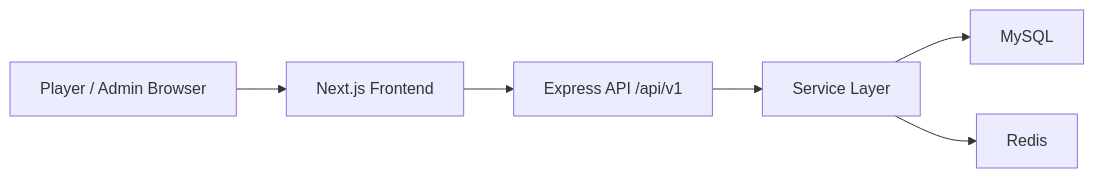
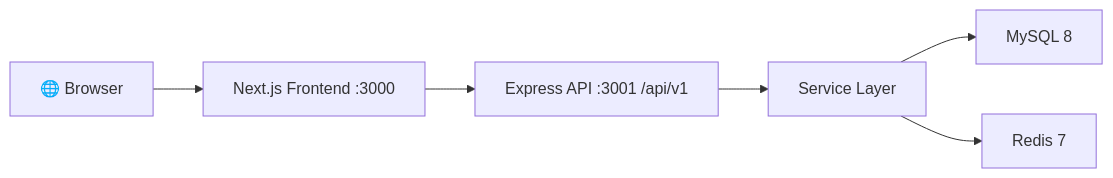
One commit to yashkale402/Stake-mine changed the first of 4 diagrams in README.md. Above: the diagram before and after it, drawn with Mermaid. The commit also changed other lines of this file, not shown here.

Commit message:
docs: enhance README with badges, tables, collapsible flows, quick start, API reference, roadmap

````diff
--- a/README.md
+++ b/README.md
@@ -98,8 +58,8 @@
 ```mermaid
 flowchart LR
-    A["Player / Admin Browser"] --> B["Next.js Frontend"]
-    B --> C["Express API /api/v1"]
-    C --> D["Service Layer"]
-    D --> E["MySQL"]
-    D --> F["Redis"]
+    Browser["🌐 Browser"] --> FE["Next.js Frontend :3000"]
+    FE --> API["Express API :3001 /api/v1"]
+    API --> SVC["Service Layer"]
+    SVC --> MySQL["MySQL 8"]
+    SVC --> Redis["Redis 7"]
 ```
````
